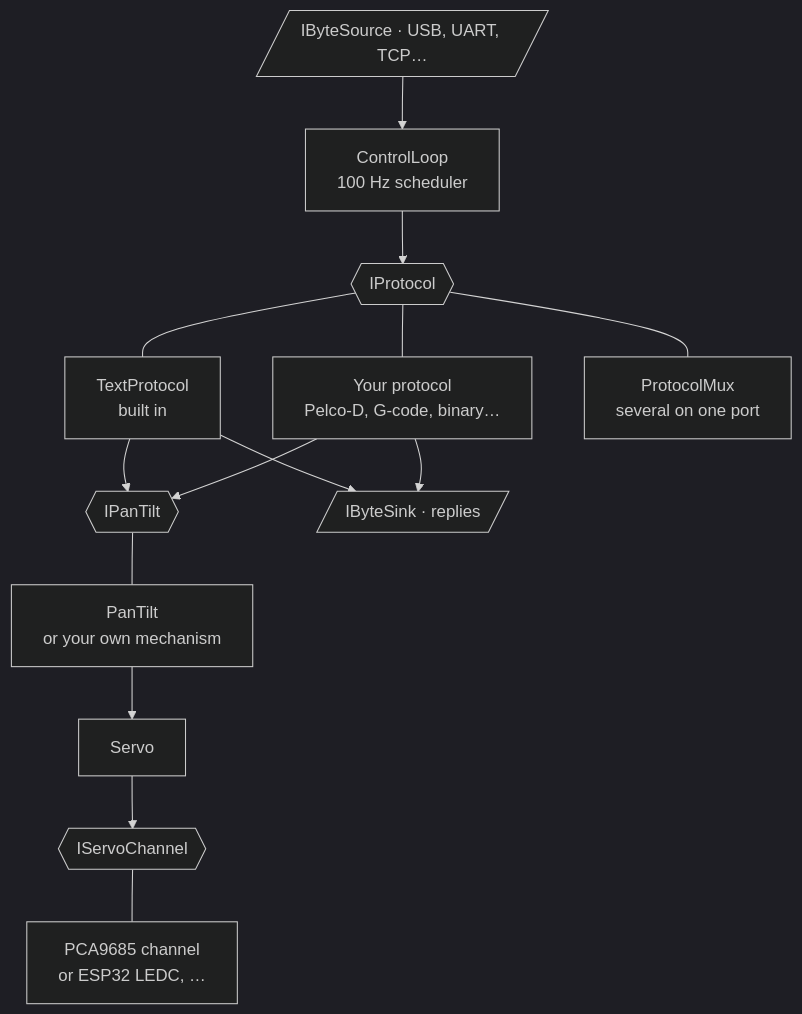
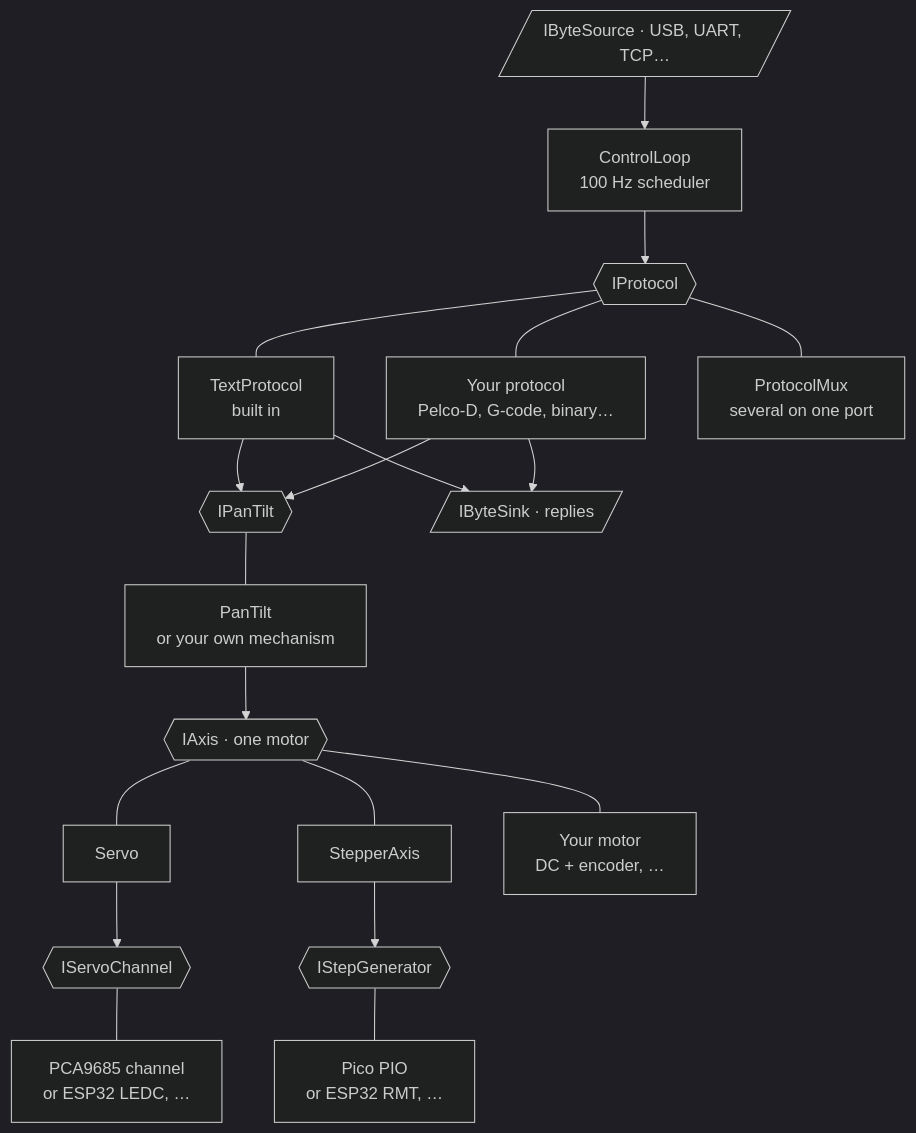
One commit to Mrunmoy/owlet changed the fifth of 5 diagrams in README.md. Above: the diagram before and after it, drawn with Mermaid (dark theme). The commit also changed other lines of this file and 8 other files, not shown here.

````diff
--- a/README.md
+++ b/README.md
@@ -407,14 +463,18 @@
 ```mermaid
 flowchart TB
     LOOP["ControlLoop<br/>100 Hz scheduler"]
     SRC[/"IByteSource · USB, UART, TCP…"/] --> LOOP
     LOOP --> PROTO{{"IProtocol"}}
     PROTO --- TEXT["TextProtocol<br/>built in"]
     PROTO --- MINE["Your protocol<br/>Pelco-D, G-code, binary…"]
     PROTO --- MUX["ProtocolMux<br/>several on one port"]
     TEXT & MINE --> HEAD{{"IPanTilt"}}
     TEXT & MINE --> SINK[/"IByteSink · replies"/]
     HEAD --- PT["PanTilt<br/>or your own mechanism"]
-    PT --> SERVO["Servo"] --> CH{{"IServoChannel"}}
+    PT --> AXIS{{"IAxis · one motor"}}
+    AXIS --- SERVO["Servo"] --> CH{{"IServoChannel"}}
     CH --- PCA["PCA9685 channel<br/>or ESP32 LEDC, …"]
+    AXIS --- STEP["StepperAxis"] --> GEN{{"IStepGenerator"}}
+    GEN --- PIO["Pico PIO<br/>or ESP32 RMT, …"]
+    AXIS --- OTHER["Your motor<br/>DC + encoder, …"]
 ```
````
